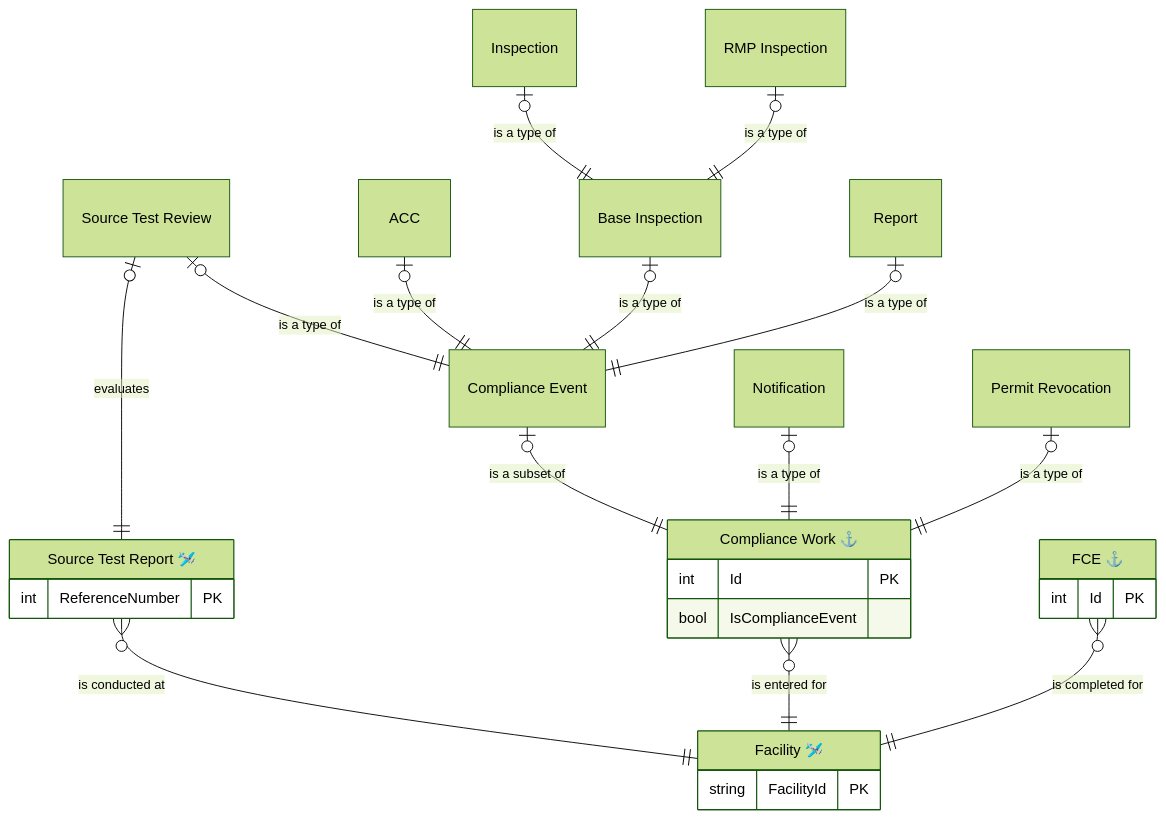
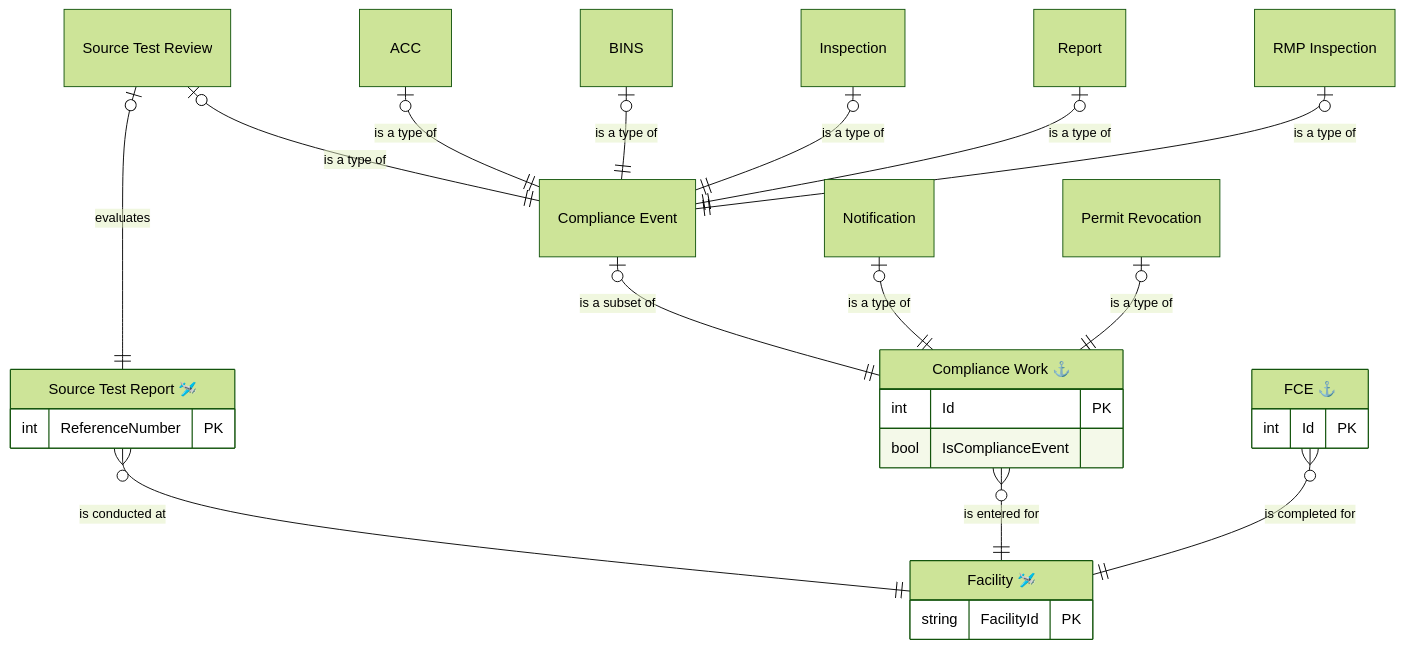
One commit to gaepdit/air-web changed the first of 8 diagrams in docs/Data-entities/Compliance-Monitoring-ERDs.md. Above: the diagram before and after it, drawn with Mermaid (forest theme). The commit also changed 137 other files, not shown here.

````diff
--- a/docs/Data-entities/Compliance-Monitoring-ERDs.md
+++ b/docs/Data-entities/Compliance-Monitoring-ERDs.md
@@ -5,43 +5,42 @@
 ```mermaid
 erDiagram
     FAC["Facility 🛩️"] {
         string FacilityId PK
     }
 
     TST["Source Test Report 🛩️"] {
         int ReferenceNumber PK
     }
 
     FCE["FCE ⚓"] {
         int Id PK
     }
 
     WRK["Compliance Work ⚓"] {
         int Id PK
         bool IsComplianceEvent
     }
 
     CME["Compliance Event"]
     STR["Source Test Review"]
     ACC["ACC"]
-    BINS["Base Inspection"]
     INS["Inspection"]
     RMP["RMP Inspection"]
     REP["Report"]
     NOT["Notification"]
     REV["Permit Revocation"]
     STR |o--|| CME: "is a type of"
     ACC |o--|| CME: "is a type of"
     BINS |o--|| CME: "is a type of"
-    INS |o--|| BINS: "is a type of"
-    RMP |o--|| BINS: "is a type of"
+    INS |o--|| CME: "is a type of"
     REP |o--|| CME: "is a type of"
     CME |o--|| WRK: "is a subset of"
+    RMP |o--|| CME: "is a type of"
     NOT |o--|| WRK: "is a type of"
     REV |o--|| WRK: "is a type of"
     STR |o--|| TST: "evaluates"
     TST }o--|| FAC: "is conducted at"
     WRK }o--|| FAC: "is entered for"
     FCE }o--|| FAC: "is completed for"
 
 ```
````
